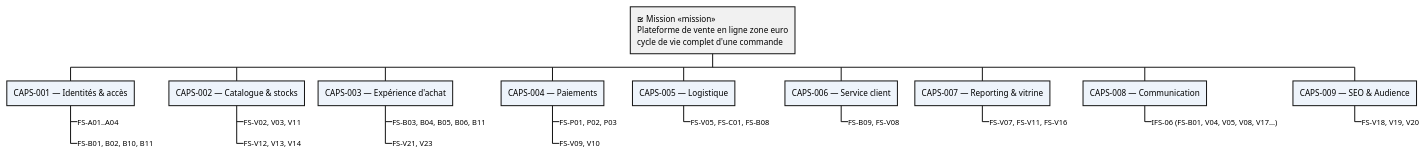
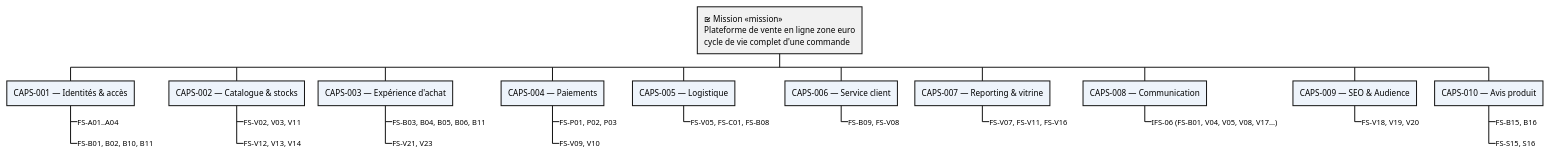
Before and after one commit to louistalvande/online_shop: the first of 6 diagrams in architecture/02-system-analysis/sa.adoc, drawn with PlantUML. The commit also changed other lines of this file and 8 other files, not shown here.

First line of the commit message:
docs(architecture): buyer product reviews + automatic delivery transition (BES-ACH-017, CAP-010, FS-B15/B16, FS-S15/S16, CS-25/26, US-REV-01/02/03)

```diff
--- a/architecture/02-system-analysis/sa.adoc
+++ b/architecture/02-system-analysis/sa.adoc
@@ -227,53 +240,57 @@
 [plantuml, sa-mission-caps-functions, svg]
 ----
 @startwbs
 <style>
 wbsDiagram {
   .mission {
     BackgroundColor #E8F4FD
     FontStyle bold
   }
   .caps {
     BackgroundColor #EEF4FB
   }
   .funcs {
     BackgroundColor #FAFAFA
     FontSize 11
   }
 }
 </style>
 
 * <&task> Mission <<mission>>\nPlateforme de vente en ligne zone euro\ncycle de vie complet d'une commande
 
 ** CAPS-001 — Identités & accès <<caps>>
 ***_ FS-A01..A04 <<funcs>>
 ***_ FS-B01, B02, B10, B11 <<funcs>>
 
 ** CAPS-002 — Catalogue & stocks <<caps>>
 ***_ FS-V02, V03, V11 <<funcs>>
 ***_ FS-V12, V13, V14 <<funcs>>
 
 ** CAPS-003 — Expérience d'achat <<caps>>
 ***_ FS-B03, B04, B05, B06, B11 <<funcs>>
 ***_ FS-V21, V23 <<funcs>>
 
 ** CAPS-004 — Paiements <<caps>>
 ***_ FS-P01, P02, P03 <<funcs>>
 ***_ FS-V09, V10 <<funcs>>
 
 ** CAPS-005 — Logistique <<caps>>
 ***_ FS-V05, FS-C01, FS-B08 <<funcs>>
 
 ** CAPS-006 — Service client <<caps>>
 ***_ FS-B09, FS-V08 <<funcs>>
 
 ** CAPS-007 — Reporting & vitrine <<caps>>
 ***_ FS-V07, FS-V11, FS-V16 <<funcs>>
 
 ** CAPS-008 — Communication <<caps>>
 ***_ IFS-06 (FS-B01, V04, V05, V08, V17...) <<funcs>>
 
 ** CAPS-009 — SEO & Audience <<caps>>
 ***_ FS-V18, V19, V20 <<funcs>>
+
+** CAPS-010 — Avis produit <<caps>>
+***_ FS-B15, B16 <<funcs>>
+***_ FS-S15, S16 <<funcs>>
 @endwbs
 ----
```
